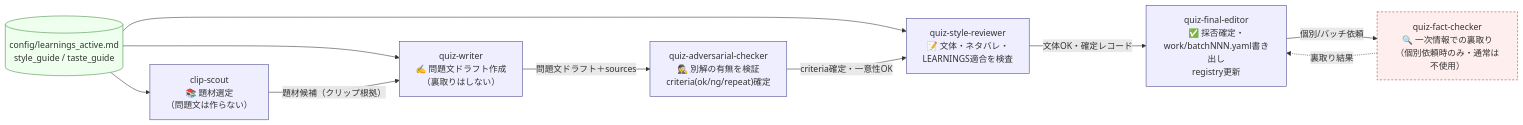
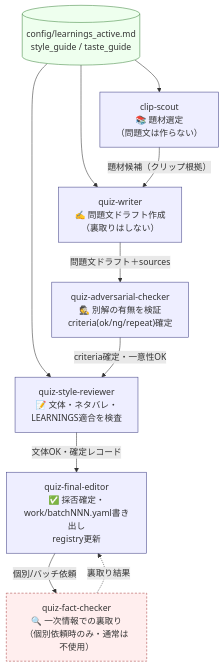
One commit to m-uesaka/quiz-generator-public changed the second of 4 diagrams in docs/architecture.md. Above: the diagram before and after it, drawn with Mermaid.

Commit message:
docs: ✏️ made LR to TD in subagents figure

````diff
--- a/docs/architecture.md
+++ b/docs/architecture.md
@@ -113,26 +113,26 @@
 ```mermaid
-flowchart LR
+flowchart TD
     classDef agent fill:#eef,stroke:#448,stroke-width:1px;
     classDef optional fill:#fee,stroke:#a44,stroke-width:1px,stroke-dasharray: 4 3;
     classDef store fill:#efe,stroke:#484,stroke-width:1px;
 
     CFG[("config/learnings_active.md\nstyle_guide / taste_guide")]:::store
 
     A["clip-scout\n📚 題材選定\n（問題文は作らない）"]:::agent
     B["quiz-writer\n✍️ 問題文ドラフト作成\n（裏取りはしない）"]:::agent
     C["quiz-adversarial-checker\n🕵️ 別解の有無を検証\ncriteria(ok/ng/repeat)確定"]:::agent
     D["quiz-style-reviewer\n📝 文体・ネタバレ・\nLEARNINGS適合を検査"]:::agent
     E["quiz-final-editor\n✅ 採否確定・\nwork/batchNNN.yaml書き出し\nregistry更新"]:::agent
     F["quiz-fact-checker\n🔍 一次情報での裏取り\n（個別依頼時のみ・通常は不使用）"]:::optional
 
     CFG --> A
     CFG --> B
     CFG --> D
 
     A -->|"題材候補（クリップ根拠）"| B
     B -->|"問題文ドラフト＋sources"| C
     C -->|"criteria確定・一意性OK"| D
     D -->|"文体OK・確定レコード"| E
     E -->|"個別/バッチ依頼"| F
     F -.裏取り結果.-> E
 ```
````
